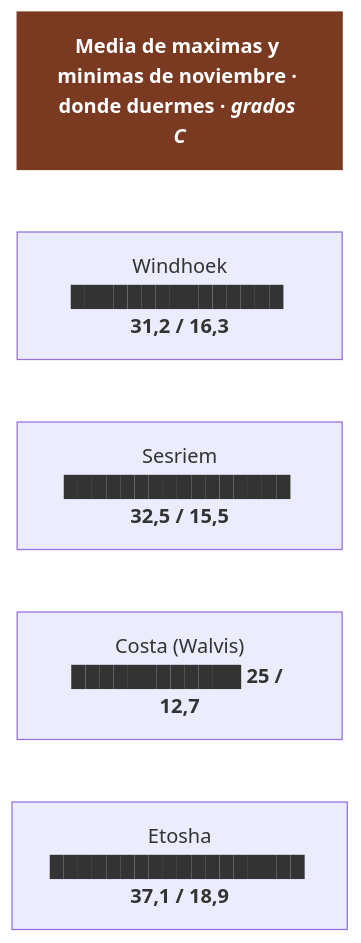
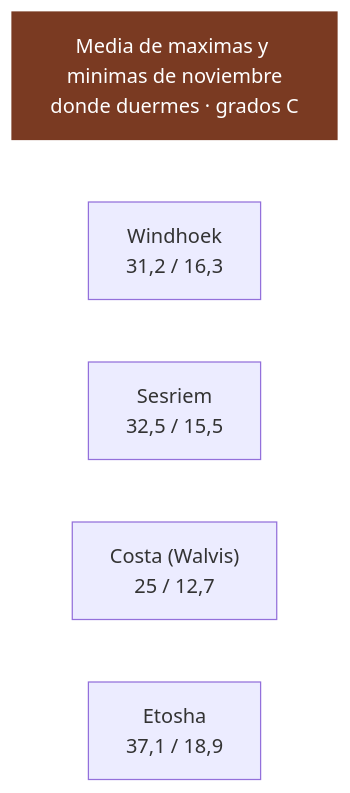
One commit to morandeirachema/namibia changed the seventh of 7 diagrams in 04-guia-preparacion.md. Above: the diagram before and after it, drawn with Mermaid. The commit also changed other lines of this file and 14 other files, not shown here.

Commit message:
Arreglar el renderizado de los diagramas en GitHub: fuera emojis, negritas y barras ASCII de dentro de los nodos, que descuadraban la medida y recortaban el texto

````diff
--- a/04-guia-preparacion.md
+++ b/04-guia-preparacion.md
@@ -466,13 +466,13 @@
 ```mermaid
 flowchart TD
-    T["<b>Media de maximas y minimas de noviembre · donde duermes · <i>grados C</i></b>"]
-    n0["Windhoek<br/>███████████████ <b>31,2 / 16,3</b>"]
-    n1["Sesriem<br/>████████████████ <b>32,5 / 15,5</b>"]
-    n2["Costa (Walvis)<br/>████████████ <b>25 / 12,7</b>"]
-    n3["Etosha<br/>██████████████████ <b>37,1 / 18,9</b>"]
+    T["Media de maximas y minimas de noviembre<br/>donde duermes · grados C"]
+    n0["Windhoek<br/>31,2 / 16,3"]
+    n1["Sesriem<br/>32,5 / 15,5"]
+    n2["Costa (Walvis)<br/>25 / 12,7"]
+    n3["Etosha<br/>37,1 / 18,9"]
     T ~~~ n0
     n0 ~~~ n1
     n1 ~~~ n2
     n2 ~~~ n3
     style T fill:#7a3a22,color:#fff,stroke:#7a3a22
 ```
````
